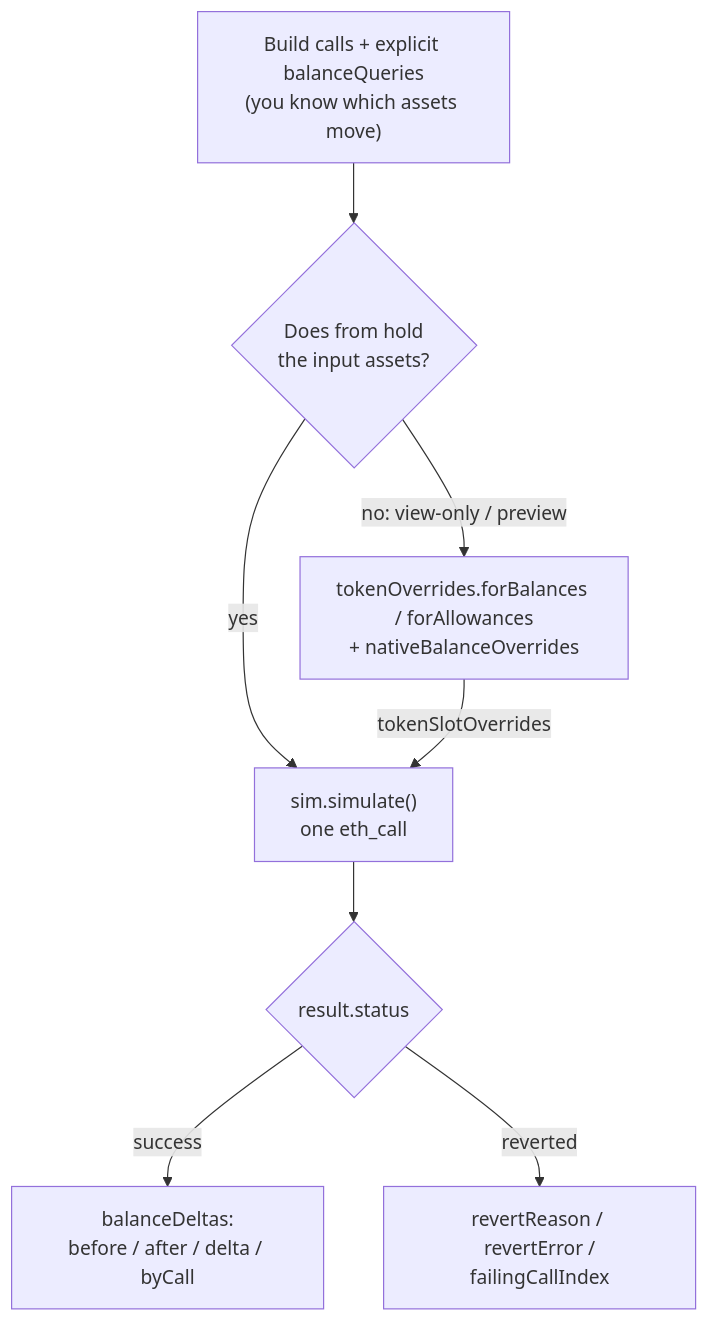
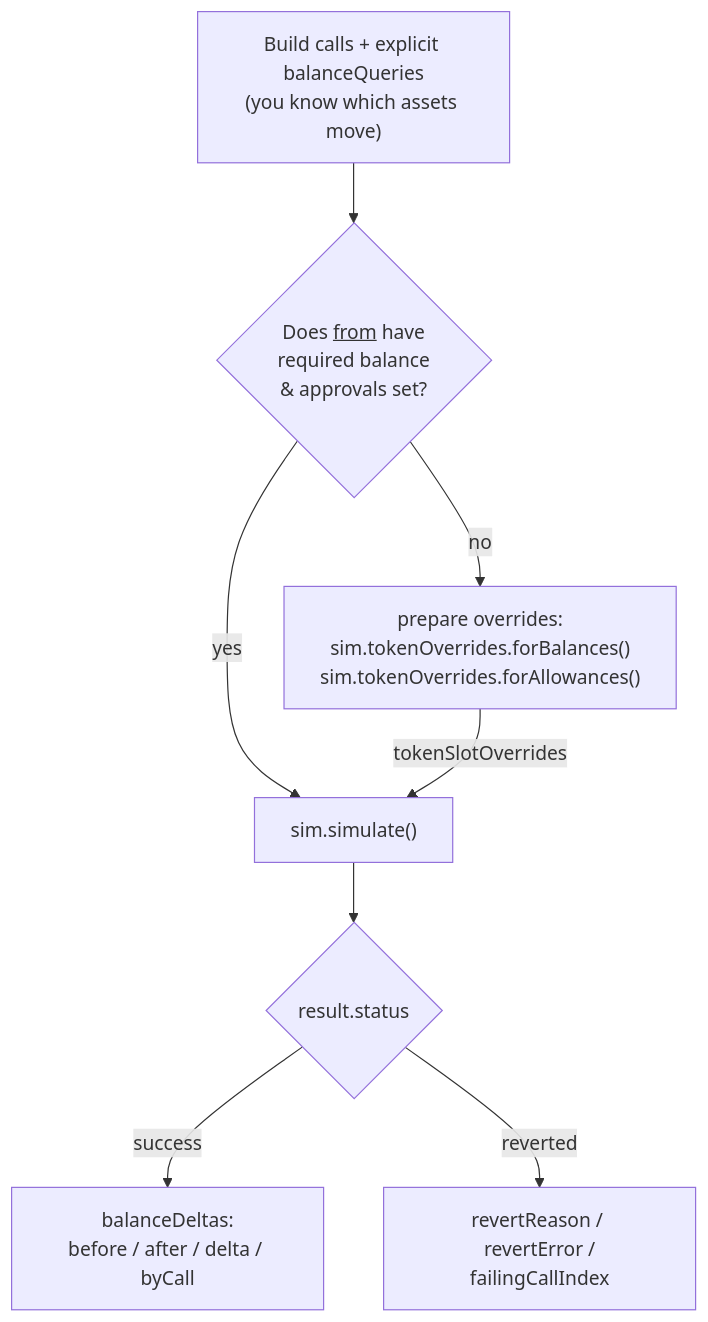
The first of 2 diagrams in README.md (frontier159/viem-tx-sim), drawn with Mermaid before and after one commit. The commit also changed other lines of this file, not shown here.

````diff
--- a/README.md
+++ b/README.md
@@ -132,10 +132,10 @@
 ```mermaid
 flowchart TD
-    A["Build calls + explicit balanceQueries<br/>(you know which assets move)"] --> B{"Does from hold<br/>the input assets?"}
-    B -- "yes" --> D["sim.simulate()<br/>one eth_call"]
-    B -- "no: view-only / preview" --> C["tokenOverrides.forBalances / forAllowances<br/>+ nativeBalanceOverrides"]
+    A["Build calls + explicit balanceQueries<br/>(you know which assets move)"] --> B{"Does <u>from</u> have<br/>required balance<br/> & approvals set?"}
+    B -- "yes" --> D["sim.simulate()"]
+    B -- "no" --> C["prepare overrides:<br/>sim.tokenOverrides.forBalances()<br/>sim.tokenOverrides.forAllowances()"]
     C -- "tokenSlotOverrides" --> D
     D --> E{"result.status"}
     E -- "success" --> F["balanceDeltas:<br/>before / after / delta / byCall"]
     E -- "reverted" --> G["revertReason / revertError /<br/>failingCallIndex"]
 ```
````
